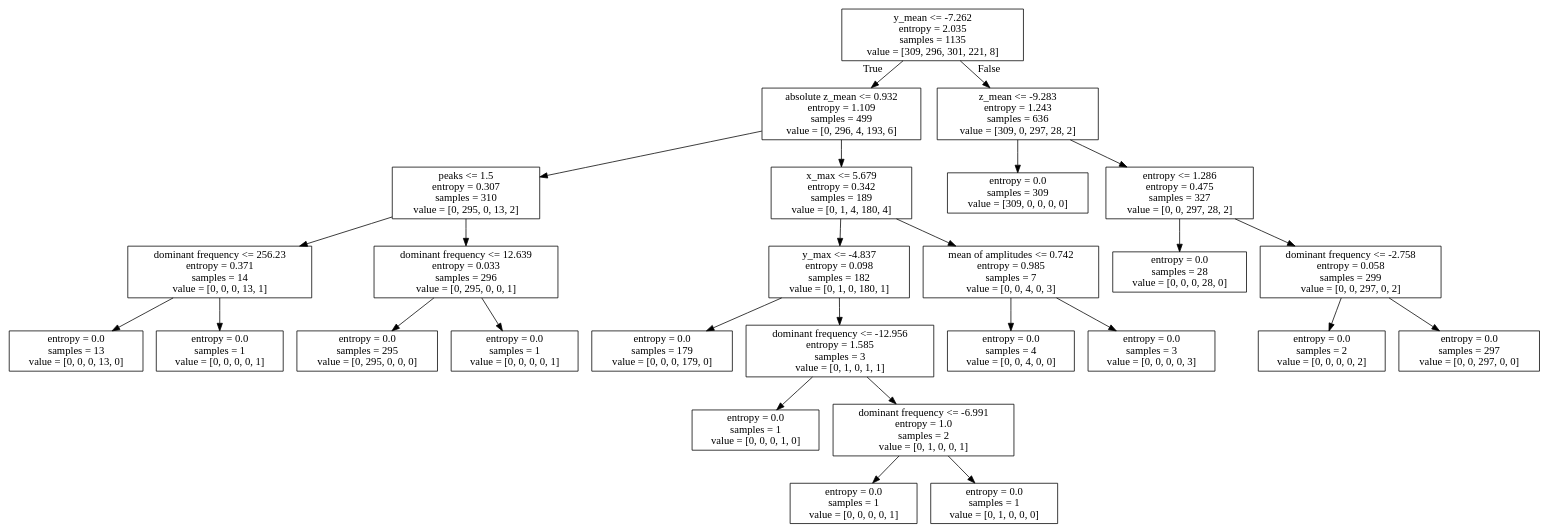
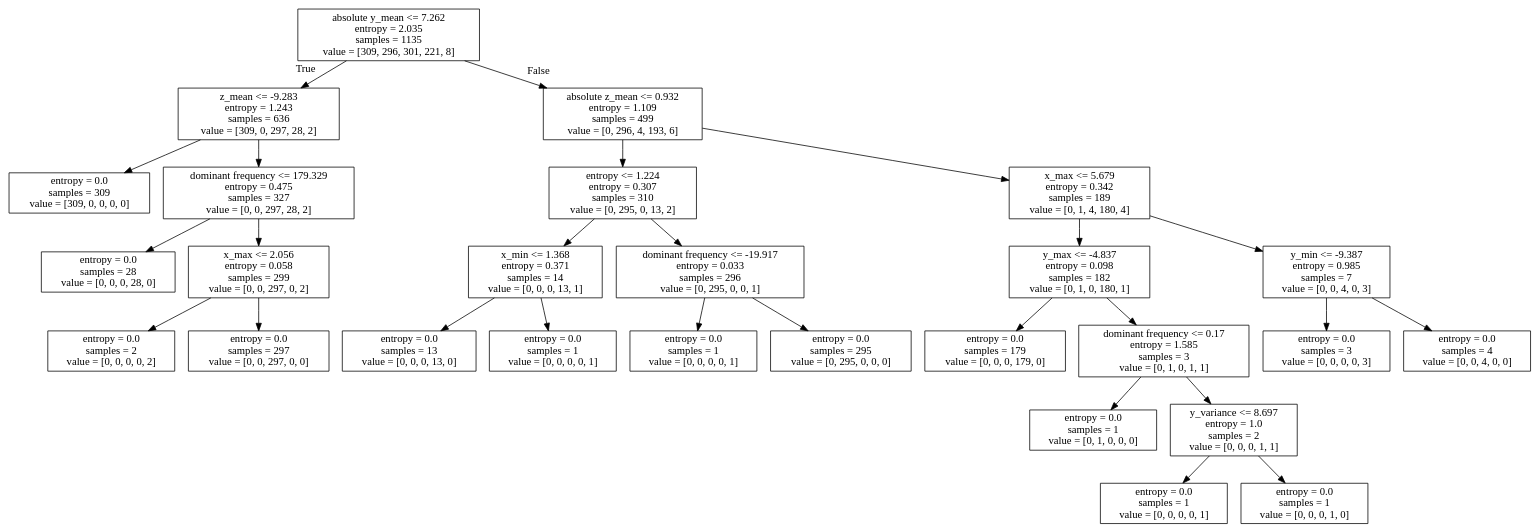
One commit to mwu-dev/CS328-Fall-Detection changed the diagram in dots/tree_7.dot. Above: the diagram before and after it, drawn with Graphviz. The commit also changed 15 other files, not shown here.

```diff
--- a/dots/tree_7.dot
+++ b/dots/tree_7.dot
@@ -1,56 +1,56 @@
 digraph Tree {
 node [shape=box] ;
-0 [label="y_mean <= -7.262\nentropy = 2.035\nsamples = 1135\nvalue = [309, 296, 301, 221, 8]"] ;
-1 [label="absolute z_mean <= 0.932\nentropy = 1.109\nsamples = 499\nvalue = [0, 296, 4, 193, 6]"] ;
+0 [label="absolute y_mean <= 7.262\nentropy = 2.035\nsamples = 1135\nvalue = [309, 296, 301, 221, 8]"] ;
+1 [label="z_mean <= -9.283\nentropy = 1.243\nsamples = 636\nvalue = [309, 0, 297, 28, 2]"] ;
 0 -> 1 [labeldistance=2.5, labelangle=45, headlabel="True"] ;
-2 [label="peaks <= 1.5\nentropy = 0.307\nsamples = 310\nvalue = [0, 295, 0, 13, 2]"] ;
+2 [label="entropy = 0.0\nsamples = 309\nvalue = [309, 0, 0, 0, 0]"] ;
 1 -> 2 ;
-3 [label="dominant frequency <= 256.23\nentropy = 0.371\nsamples = 14\nvalue = [0, 0, 0, 13, 1]"] ;
-2 -> 3 ;
-4 [label="entropy = 0.0\nsamples = 13\nvalue = [0, 0, 0, 13, 0]"] ;
+3 [label="dominant frequency <= 179.329\nentropy = 0.475\nsamples = 327\nvalue = [0, 0, 297, 28, 2]"] ;
+1 -> 3 ;
+4 [label="entropy = 0.0\nsamples = 28\nvalue = [0, 0, 0, 28, 0]"] ;
 3 -> 4 ;
-5 [label="entropy = 0.0\nsamples = 1\nvalue = [0, 0, 0, 0, 1]"] ;
+5 [label="x_max <= 2.056\nentropy = 0.058\nsamples = 299\nvalue = [0, 0, 297, 0, 2]"] ;
 3 -> 5 ;
-6 [label="dominant frequency <= 12.639\nentropy = 0.033\nsamples = 296\nvalue = [0, 295, 0, 0, 1]"] ;
-2 -> 6 ;
-7 [label="entropy = 0.0\nsamples = 295\nvalue = [0, 295, 0, 0, 0]"] ;
-6 -> 7 ;
-8 [label="entropy = 0.0\nsamples = 1\nvalue = [0, 0, 0, 0, 1]"] ;
-6 -> 8 ;
-9 [label="x_max <= 5.679\nentropy = 0.342\nsamples = 189\nvalue = [0, 1, 4, 180, 4]"] ;
-1 -> 9 ;
-10 [label="y_max <= -4.837\nentropy = 0.098\nsamples = 182\nvalue = [0, 1, 0, 180, 1]"] ;
+6 [label="entropy = 0.0\nsamples = 2\nvalue = [0, 0, 0, 0, 2]"] ;
+5 -> 6 ;
+7 [label="entropy = 0.0\nsamples = 297\nvalue = [0, 0, 297, 0, 0]"] ;
+5 -> 7 ;
+8 [label="absolute z_mean <= 0.932\nentropy = 1.109\nsamples = 499\nvalue = [0, 296, 4, 193, 6]"] ;
+0 -> 8 [labeldistance=2.5, labelangle=-45, headlabel="False"] ;
+9 [label="entropy <= 1.224\nentropy = 0.307\nsamples = 310\nvalue = [0, 295, 0, 13, 2]"] ;
+8 -> 9 ;
+10 [label="x_min <= 1.368\nentropy = 0.371\nsamples = 14\nvalue = [0, 0, 0, 13, 1]"] ;
 9 -> 10 ;
-11 [label="entropy = 0.0\nsamples = 179\nvalue = [0, 0, 0, 179, 0]"] ;
+11 [label="entropy = 0.0\nsamples = 13\nvalue = [0, 0, 0, 13, 0]"] ;
 10 -> 11 ;
-12 [label="dominant frequency <= -12.956\nentropy = 1.585\nsamples = 3\nvalue = [0, 1, 0, 1, 1]"] ;
+12 [label="entropy = 0.0\nsamples = 1\nvalue = [0, 0, 0, 0, 1]"] ;
 10 -> 12 ;
-13 [label="entropy = 0.0\nsamples = 1\nvalue = [0, 0, 0, 1, 0]"] ;
-12 -> 13 ;
-14 [label="dominant frequency <= -6.991\nentropy = 1.0\nsamples = 2\nvalue = [0, 1, 0, 0, 1]"] ;
-12 -> 14 ;
-15 [label="entropy = 0.0\nsamples = 1\nvalue = [0, 0, 0, 0, 1]"] ;
-14 -> 15 ;
-16 [label="entropy = 0.0\nsamples = 1\nvalue = [0, 1, 0, 0, 0]"] ;
-14 -> 16 ;
-17 [label="mean of amplitudes <= 0.742\nentropy = 0.985\nsamples = 7\nvalue = [0, 0, 4, 0, 3]"] ;
-9 -> 17 ;
-18 [label="entropy = 0.0\nsamples = 4\nvalue = [0, 0, 4, 0, 0]"] ;
+13 [label="dominant frequency <= -19.917\nentropy = 0.033\nsamples = 296\nvalue = [0, 295, 0, 0, 1]"] ;
+9 -> 13 ;
+14 [label="entropy = 0.0\nsamples = 1\nvalue = [0, 0, 0, 0, 1]"] ;
+13 -> 14 ;
+15 [label="entropy = 0.0\nsamples = 295\nvalue = [0, 295, 0, 0, 0]"] ;
+13 -> 15 ;
+16 [label="x_max <= 5.679\nentropy = 0.342\nsamples = 189\nvalue = [0, 1, 4, 180, 4]"] ;
+8 -> 16 ;
+17 [label="y_max <= -4.837\nentropy = 0.098\nsamples = 182\nvalue = [0, 1, 0, 180, 1]"] ;
+16 -> 17 ;
+18 [label="entropy = 0.0\nsamples = 179\nvalue = [0, 0, 0, 179, 0]"] ;
 17 -> 18 ;
-19 [label="entropy = 0.0\nsamples = 3\nvalue = [0, 0, 0, 0, 3]"] ;
+19 [label="dominant frequency <= 0.17\nentropy = 1.585\nsamples = 3\nvalue = [0, 1, 0, 1, 1]"] ;
 17 -> 19 ;
-20 [label="z_mean <= -9.283\nentropy = 1.243\nsamples = 636\nvalue = [309, 0, 297, 28, 2]"] ;
-0 -> 20 [labeldistance=2.5, labelangle=-45, headlabel="False"] ;
-21 [label="entropy = 0.0\nsamples = 309\nvalue = [309, 0, 0, 0, 0]"] ;
-20 -> 21 ;
-22 [label="entropy <= 1.286\nentropy = 0.475\nsamples = 327\nvalue = [0, 0, 297, 28, 2]"] ;
-20 -> 22 ;
-23 [label="entropy = 0.0\nsamples = 28\nvalue = [0, 0, 0, 28, 0]"] ;
-22 -> 23 ;
-24 [label="dominant frequency <= -2.758\nentropy = 0.058\nsamples = 299\nvalue = [0, 0, 297, 0, 2]"] ;
-22 -> 24 ;
-25 [label="entropy = 0.0\nsamples = 2\nvalue = [0, 0, 0, 0, 2]"] ;
+20 [label="entropy = 0.0\nsamples = 1\nvalue = [0, 1, 0, 0, 0]"] ;
+19 -> 20 ;
+21 [label="y_variance <= 8.697\nentropy = 1.0\nsamples = 2\nvalue = [0, 0, 0, 1, 1]"] ;
+19 -> 21 ;
+22 [label="entropy = 0.0\nsamples = 1\nvalue = [0, 0, 0, 0, 1]"] ;
+21 -> 22 ;
+23 [label="entropy = 0.0\nsamples = 1\nvalue = [0, 0, 0, 1, 0]"] ;
+21 -> 23 ;
+24 [label="y_min <= -9.387\nentropy = 0.985\nsamples = 7\nvalue = [0, 0, 4, 0, 3]"] ;
+16 -> 24 ;
+25 [label="entropy = 0.0\nsamples = 3\nvalue = [0, 0, 0, 0, 3]"] ;
 24 -> 25 ;
-26 [label="entropy = 0.0\nsamples = 297\nvalue = [0, 0, 297, 0, 0]"] ;
+26 [label="entropy = 0.0\nsamples = 4\nvalue = [0, 0, 4, 0, 0]"] ;
 24 -> 26 ;
 }
```
